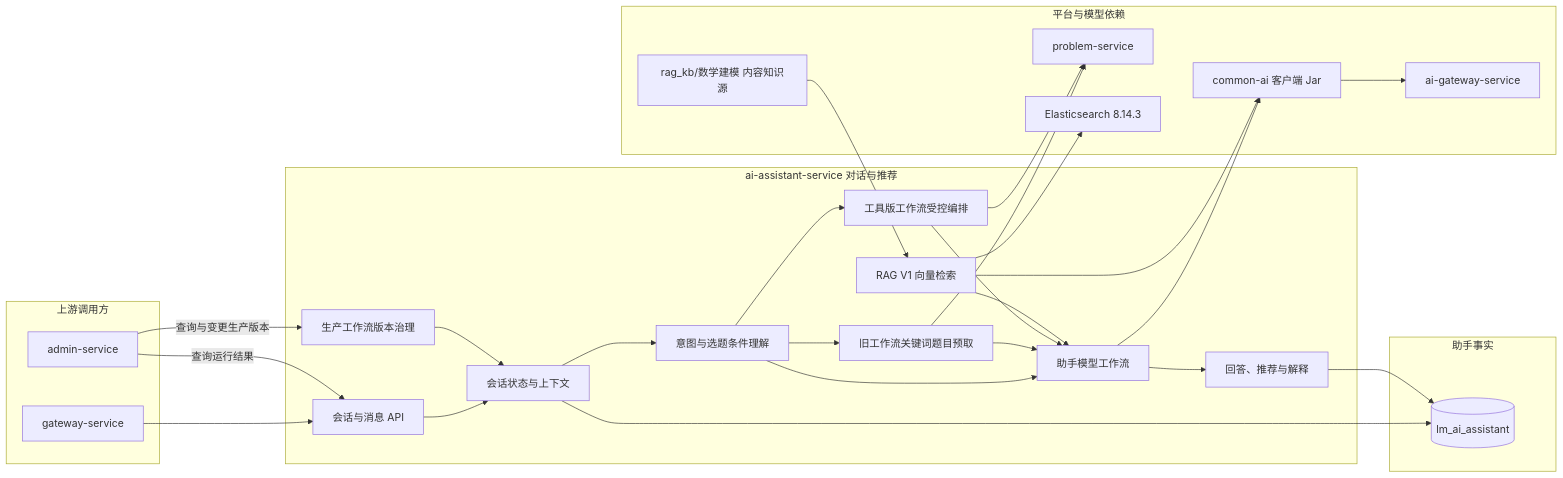
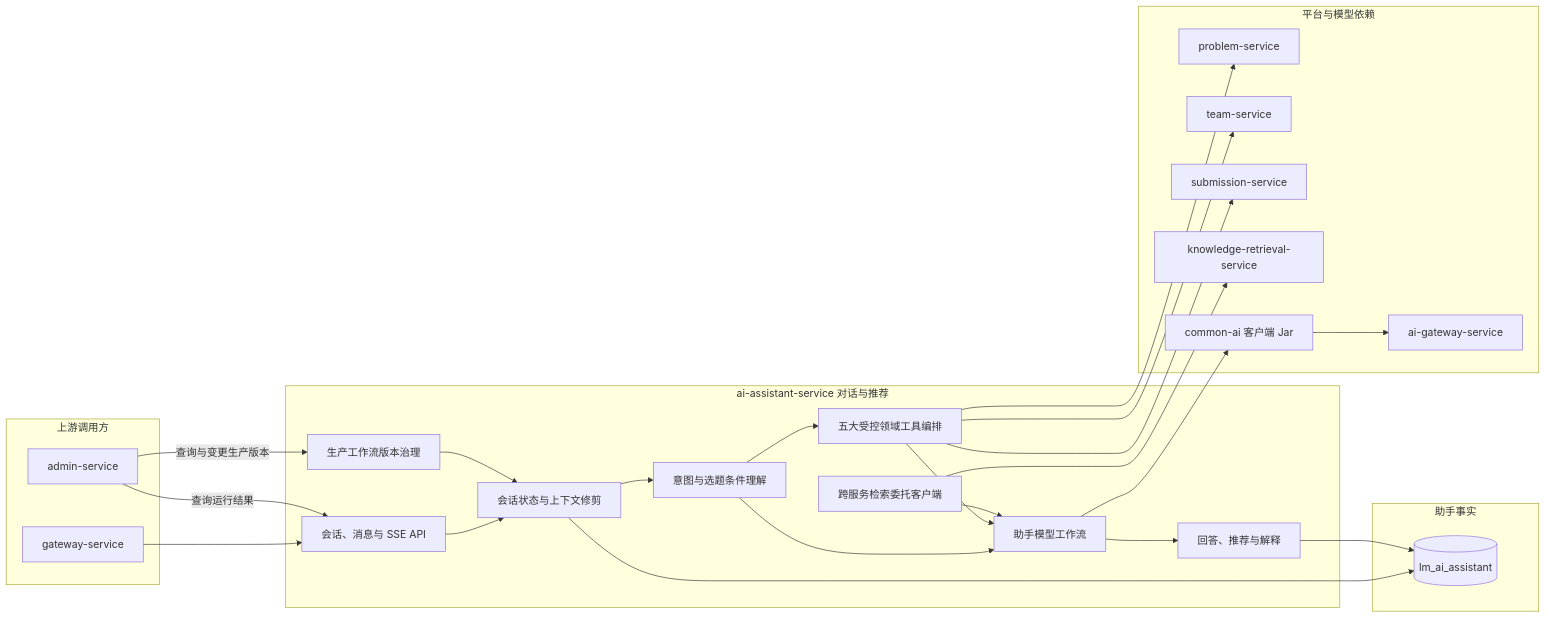
Before and after one commit to Dorian7Alden/LeetModel: the diagram in docs/project/03-微服务设计/ai-assistant-service/README.md, drawn with Mermaid. The commit also changed other lines of this file, not shown here.

Commit message:
docs(assistant): 同步AI客服微服务设计与全量演进事实

````diff
--- a/docs/project/03-微服务设计/ai-assistant-service/README.md
+++ b/docs/project/03-微服务设计/ai-assistant-service/README.md
@@ -24,55 +24,52 @@
 ```mermaid
 flowchart LR
     subgraph callers["上游调用方"]
         apiGateway["gateway-service"]
         adminService["admin-service"]
     end
 
     subgraph assistant["ai-assistant-service 对话与推荐"]
-        conversationApi["会话与消息 API"]
-        sessionContext["会话状态与上下文"]
+        conversationApi["会话、消息与 SSE API"]
+        sessionContext["会话状态与上下文修剪"]
         productionGovernance["生产工作流版本治理"]
         intent["意图与选题条件理解"]
-        toolQuery["旧工作流关键词题目预取"]
-        controlledTools["工具版工作流受控编排"]
+        controlledTools["五大受控领域工具编排"]
         assistantWorkflow["助手模型工作流"]
-        ragRetriever["RAG V1 向量检索"]
+        ragDelegate["跨服务检索委托客户端"]
         response["回答、推荐与解释"]
 
         conversationApi --> sessionContext
         productionGovernance --> sessionContext
         sessionContext --> intent
-        intent --> toolQuery
         intent --> controlledTools
         intent --> assistantWorkflow
-        toolQuery --> assistantWorkflow
         controlledTools --> assistantWorkflow
-        ragRetriever --> assistantWorkflow
+        ragDelegate --> assistantWorkflow
         assistantWorkflow --> response
     end
 
     subgraph dependencies["平台与模型依赖"]
         problemService["problem-service"]
+        teamService["team-service"]
+        submissionService["submission-service"]
+        retrievalService["knowledge-retrieval-service"]
         commonAi["common-ai 客户端 Jar"]
         aiGateway["ai-gateway-service"]
-        elasticsearch["Elasticsearch 8.14.3"]
-        ragKnowledge["rag_kb/数学建模 内容知识源"]
     end
 
     subgraph data["助手事实"]
         assistantDatabase[(lm_ai_assistant)]
     end
 
     apiGateway --> conversationApi
     adminService -->|"查询运行结果"| conversationApi
     adminService -->|"查询与变更生产版本"| productionGovernance
-    toolQuery --> problemService
     controlledTools --> problemService
+    controlledTools --> teamService
+    controlledTools --> submissionService
+    ragDelegate --> retrievalService
     assistantWorkflow --> commonAi
-    ragRetriever --> commonAi
-    ragRetriever --> elasticsearch
-    ragKnowledge --> ragRetriever
     commonAi --> aiGateway
     sessionContext --> assistantDatabase
     response --> assistantDatabase
 ```
````
